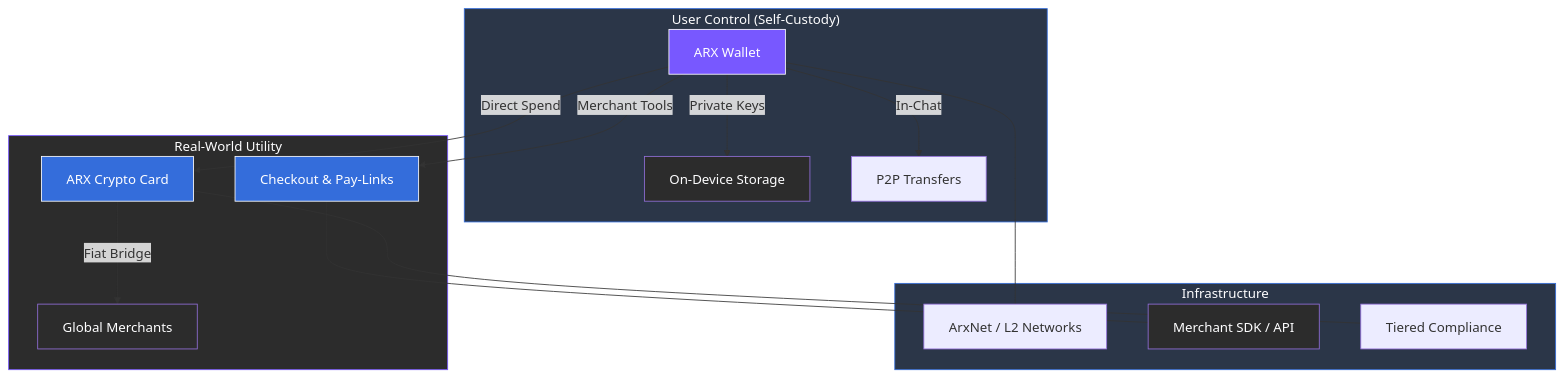
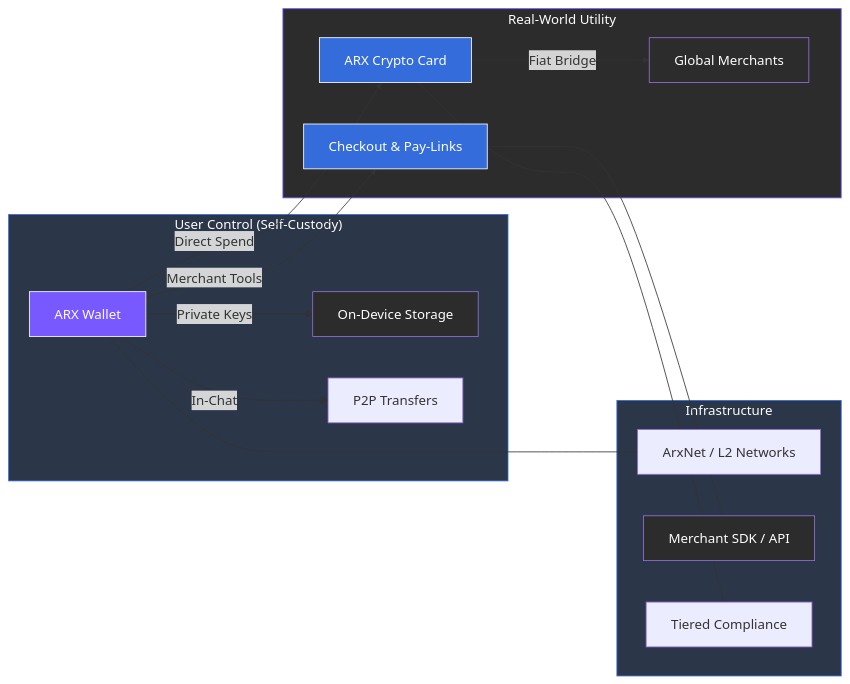
Before and after one commit to unusnullus/docs-xmtp-org: the diagram in gitbook/home/4-product-overview/4.2-fintech-wallet-card-pay-links-and-checkout.md, drawn with Mermaid. The commit also changed 7 other files, not shown here.

````diff
--- a/gitbook/home/4-product-overview/4.2-fintech-wallet-card-pay-links-and-checkout.md
+++ b/gitbook/home/4-product-overview/4.2-fintech-wallet-card-pay-links-and-checkout.md
@@ -24,36 +24,36 @@
 ```mermaid
-graph TD
+graph LR
     %% Global Styling
     accTitle: ARX Fintech Ecosystem
     accDescr: Visualizing the flow of assets through the Wallet, Card, and Checkout layers.
 
     subgraph User_Layer ["User Control (Self-Custody)"]
         W[ARX Wallet] -->|Private Keys| DEV[On-Device Storage]
         W -->|In-Chat| PAY[P2P Transfers]
     end
 
     subgraph Bridge_Layer ["Real-World Utility"]
         W -->|Direct Spend| CARD[ARX Crypto Card]
         CARD -->|Fiat Bridge| POS[Global Merchants]
         W -->|Merchant Tools| CHECK[Checkout & Pay-Links]
     end
 
     subgraph Network_Layer ["Infrastructure"]
         W --- L2[ArxNet / L2 Networks]
         CHECK --- SDK[Merchant SDK / API]
         CARD --- KYC[Tiered Compliance]
     end
 
     %% Apply Brand Palette
     style User_Layer fill:#2B3648,stroke:#346ddb,color:#fefeff
     style Bridge_Layer fill:#2c2c2c,stroke:#7858ff,color:#fefeff
     style Network_Layer fill:#2B3648,stroke:#346ddb,color:#fefeff
 
     style W fill:#7858ff,stroke:#fefeff,color:#fefeff
     style CARD fill:#346ddb,stroke:#fefeff,color:#fefeff
     style CHECK fill:#346ddb,stroke:#fefeff,color:#fefeff
     
     style DEV fill:#2c2c2c,color:#fefeff
     style POS fill:#2c2c2c,color:#fefeff
     style SDK fill:#2c2c2c,color:#fefeff
 ```
````
